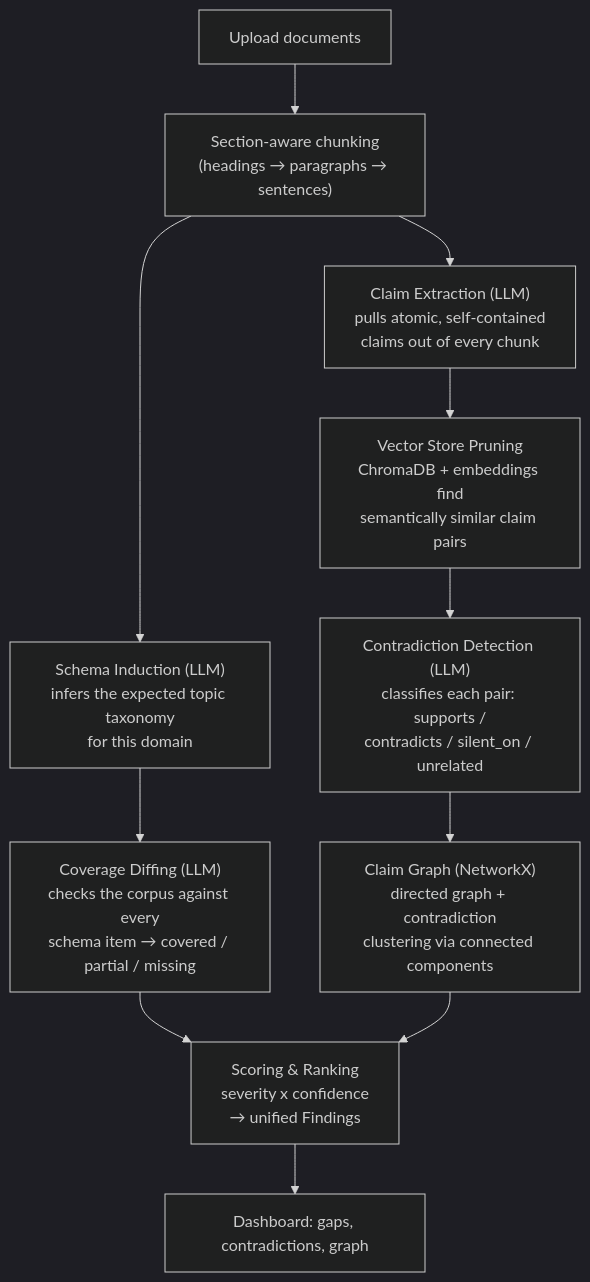
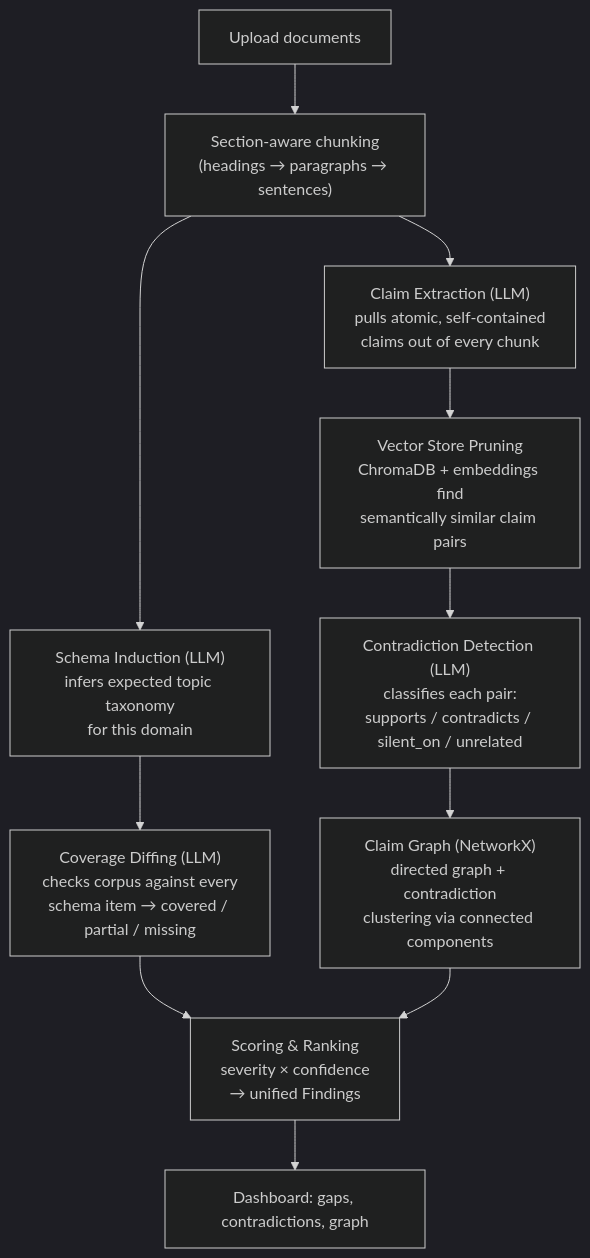
One commit to Kaustavmp/SuperApp changed the diagram in README.md. Above: the diagram before and after it, drawn with Mermaid (dark theme). The commit also changed other lines of this file and 26 other files, not shown here.

Commit message:
Rebrand platform to SuperApp and update architecture documentation

````diff
--- a/README.md
+++ b/README.md
@@ -24,13 +26,13 @@
 ```mermaid
 flowchart TD
-    A[Upload documents] --> B["Section-aware chunking\n(headings → paragraphs → sentences)"]
-    B --> C["Schema Induction (LLM)\ninfers the expected topic taxonomy\nfor this domain"]
-    C --> D["Coverage Diffing (LLM)\nchecks the corpus against every\nschema item → covered / partial / missing"]
-    B --> E["Claim Extraction (LLM)\npulls atomic, self-contained\nclaims out of every chunk"]
-    E --> F["Vector Store Pruning\nChromaDB + embeddings find\nsemantically similar claim pairs"]
-    F --> G["Contradiction Detection (LLM)\nclassifies each pair: supports /\ncontradicts / silent_on / unrelated"]
-    G --> H["Claim Graph (NetworkX)\ndirected graph + contradiction\nclustering via connected components"]
-    D --> I["Scoring & Ranking\nseverity x confidence\n→ unified Findings"]
+    A["Upload documents"] --> B["Section-aware chunking<br/>(headings → paragraphs → sentences)"]
+    B --> C["Schema Induction (LLM)<br/>infers expected topic taxonomy<br/>for this domain"]
+    C --> D["Coverage Diffing (LLM)<br/>checks corpus against every<br/>schema item → covered / partial / missing"]
+    B --> E["Claim Extraction (LLM)<br/>pulls atomic, self-contained<br/>claims out of every chunk"]
+    E --> F["Vector Store Pruning<br/>ChromaDB + embeddings find<br/>semantically similar claim pairs"]
+    F --> G["Contradiction Detection (LLM)<br/>classifies each pair:<br/>supports / contradicts / silent_on / unrelated"]
+    G --> H["Claim Graph (NetworkX)<br/>directed graph + contradiction<br/>clustering via connected components"]
+    D --> I["Scoring & Ranking<br/>severity × confidence<br/>→ unified Findings"]
     H --> I
-    I --> J[Dashboard: gaps, contradictions, graph]
+    I --> J["Dashboard: gaps, contradictions, graph"]
 ```
````
